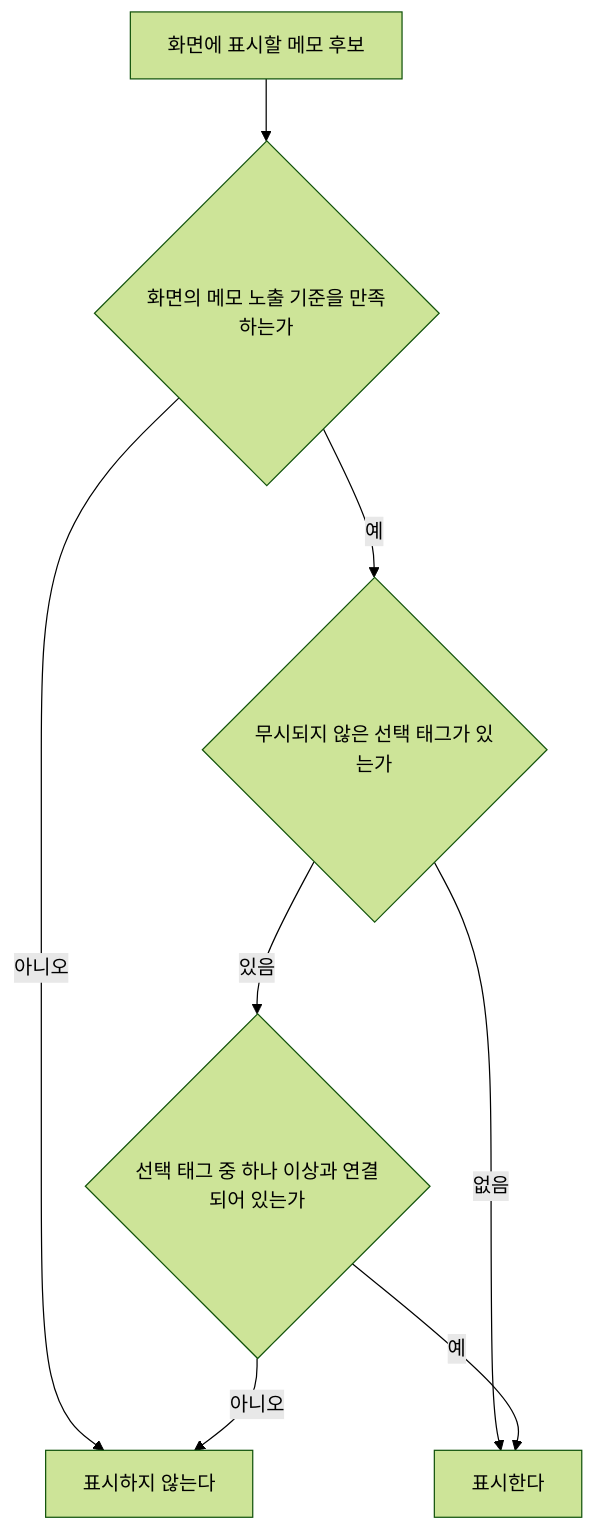
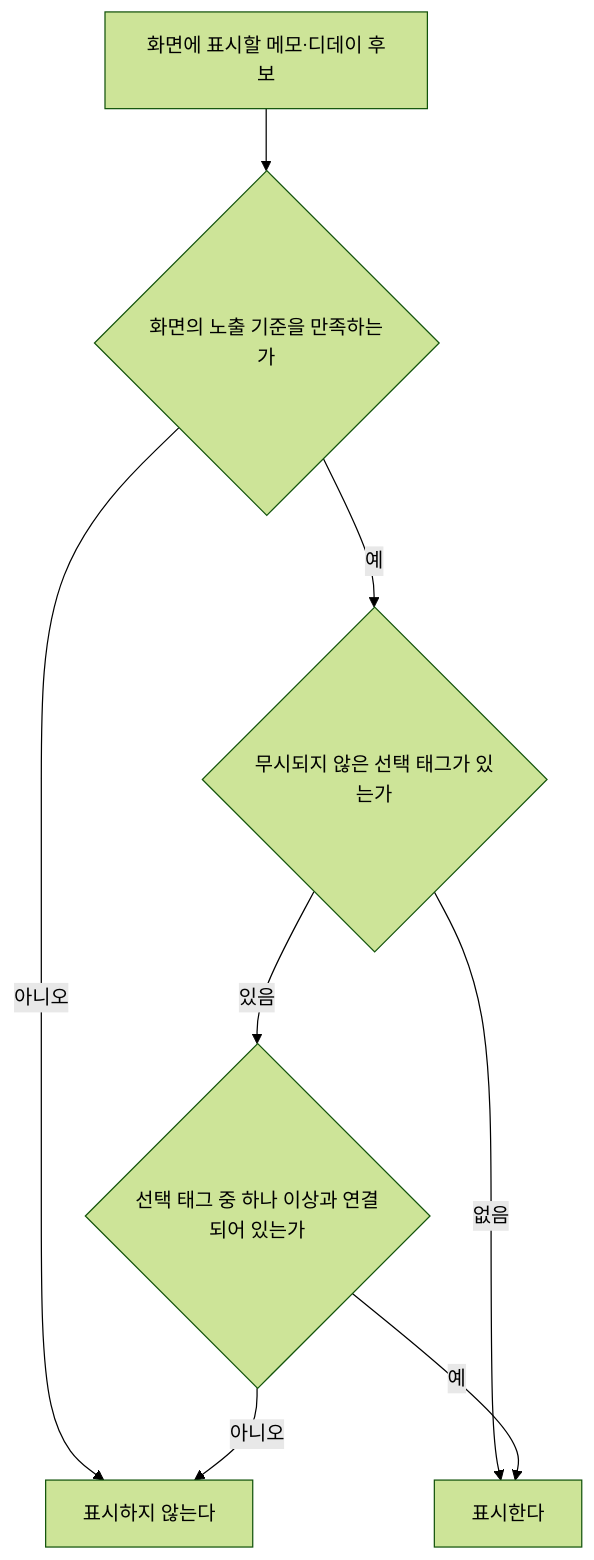
One commit to taetae98coding/DiaryKMP changed the diagram in docs/spec/client/tag-filter.md. Above: the diagram before and after it, drawn with Mermaid (forest theme). The commit also changed other lines of this file and 100 other files, not shown here.

````diff
--- a/docs/spec/client/tag-filter.md
+++ b/docs/spec/client/tag-filter.md
@@ -71,10 +71,10 @@
 ```mermaid
 flowchart TD
-    Start[화면에 표시할 메모 후보] --> Base{화면의 메모 노출 기준을 만족하는가}
+    Start[화면에 표시할 메모·디데이 후보] --> Base{화면의 노출 기준을 만족하는가}
     Base -- 아니오 --> Hide[표시하지 않는다]
     Base -- 예 --> Selected{무시되지 않은 선택 태그가 있는가}
     Selected -- 없음 --> Show[표시한다]
     Selected -- 있음 --> Linked{선택 태그 중 하나 이상과 연결되어 있는가}
     Linked -- 예 --> Show
     Linked -- 아니오 --> Hide
 ```
````
